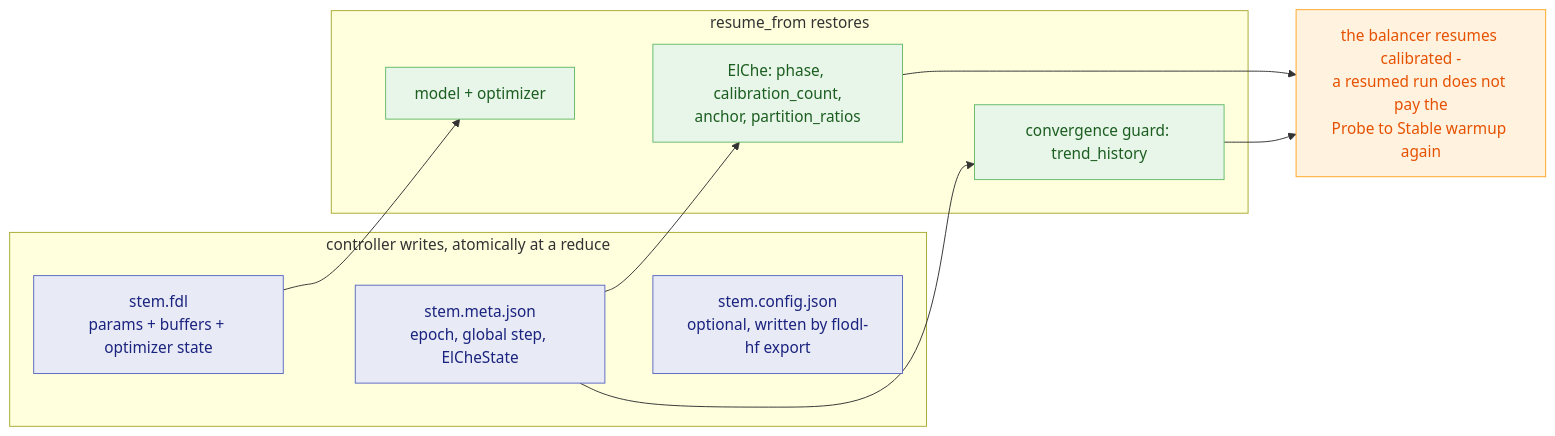
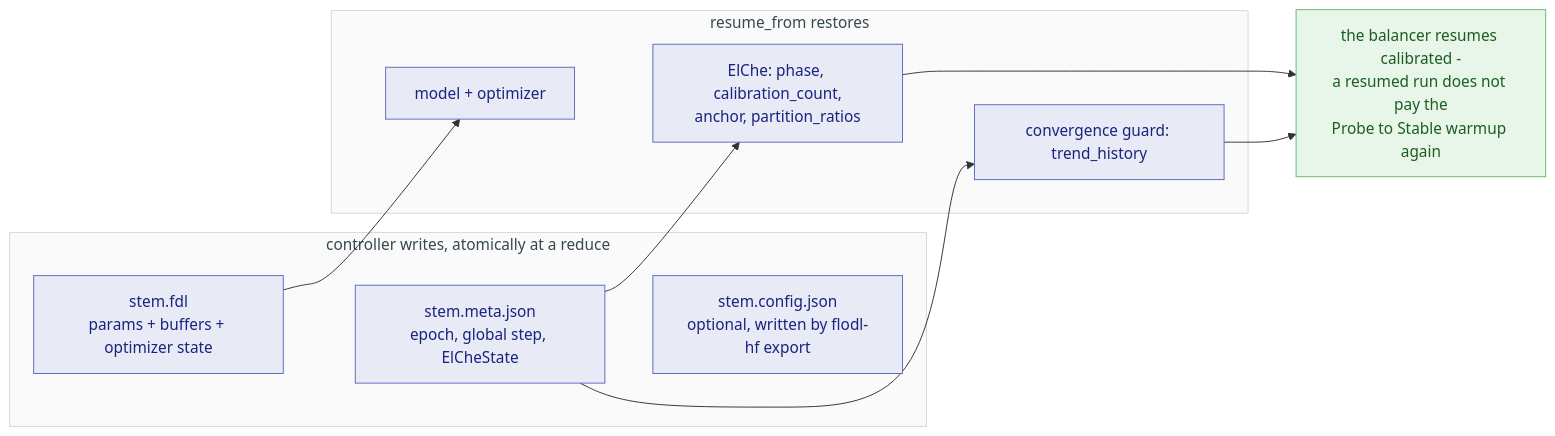
Before and after one commit to fab2s/floDl: the diagram in docs/ddp/01-reference.md, drawn with Mermaid. The commit also changed 6 other files, not shown here.

Commit message:
doc: mermaid palette

````diff
--- a/docs/ddp/01-reference.md
+++ b/docs/ddp/01-reference.md
@@ -770,29 +770,29 @@
 ```mermaid
 flowchart LR
     subgraph w["controller writes, atomically at a reduce"]
         F1["stem.fdl<br/>params + buffers + optimizer state"]
         F2["stem.meta.json<br/>epoch, global step, ElCheState"]
         F3["stem.config.json<br/>optional, written by flodl-hf export"]
         F1 ~~~ F2 ~~~ F3
     end
     subgraph r["resume_from restores"]
         M["model + optimizer"]
         E["ElChe: phase, calibration_count,<br/>anchor, partition_ratios"]
         C["convergence guard: trend_history"]
         M ~~~ E ~~~ C
     end
     OUT["the balancer resumes calibrated -<br/>a resumed run does not pay the<br/>Probe to Stable warmup again"]
 
     F1 --> M
     F2 --> E
     F2 --> C
     E --> OUT
     C --> OUT
 
-    classDef file fill:#e8eaf6,stroke:#5c6bc0,color:#1a237e
-    classDef rest fill:#e8f5e9,stroke:#66bb6a,color:#1b5e20
-    classDef out fill:#fff3e0,stroke:#ffa726,color:#e65100
-    class F1,F2,F3 file
-    class M,E,C rest
-    class OUT out
+    classDef actor fill:#e8eaf6,stroke:#5c6bc0,color:#1a237e
+    classDef good fill:#e8f5e9,stroke:#66bb6a,color:#1b5e20
+    class F1,F2,F3,M,E,C actor
+    class OUT good
+    classDef group fill:#fafafa,stroke:#cfd8dc,color:#37474f
+    class w,r group
 ```
````
